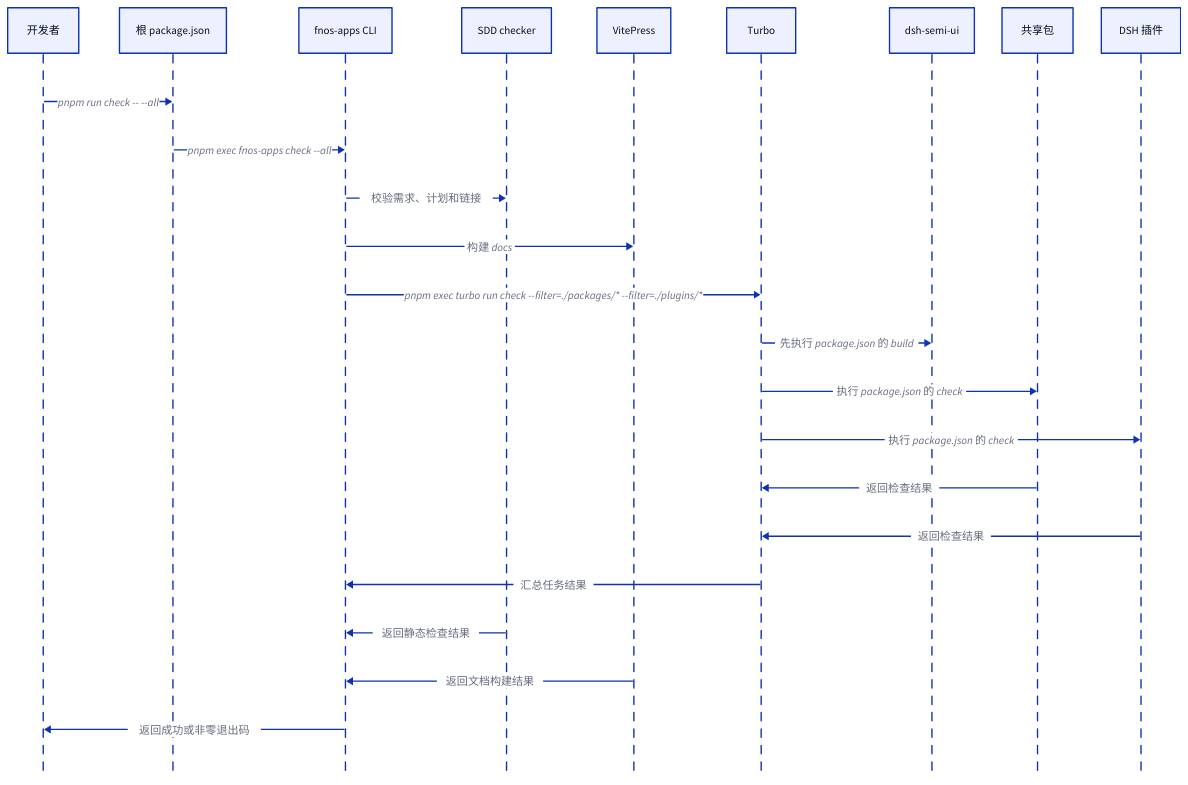
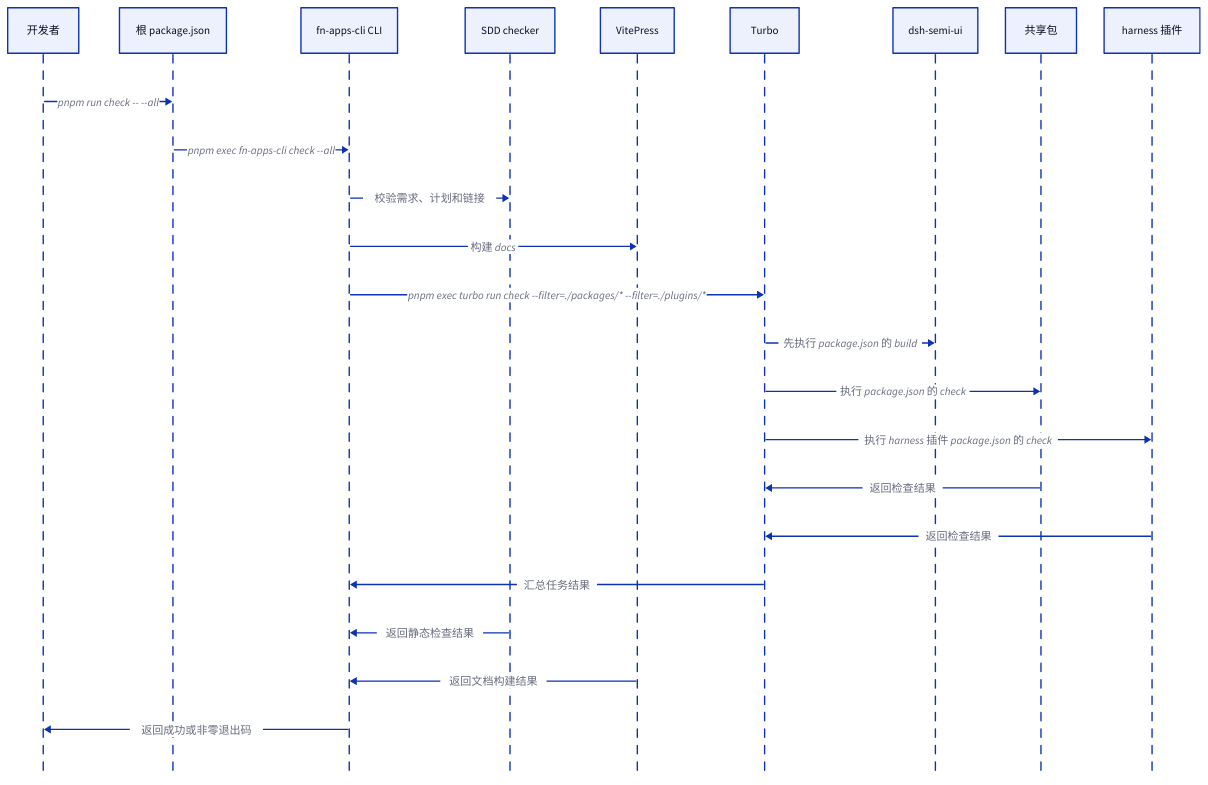
Diagram 11 of 13 in docs/development/package-tasks-and-turbo.md (tnnevol/fn-os-apps), drawn with D2 before and after one commit. The commit also changed other lines of this file and 32 other files, not shown here.

````diff
--- a/docs/development/package-tasks-and-turbo.md
+++ b/docs/development/package-tasks-and-turbo.md
@@ -39,27 +396,27 @@
 ```d2
 developer: 开发者
 root: 根 package.json
-cli: fnos-apps CLI
+cli: fn-apps-cli CLI
 checker: SDD checker
 vitepress: VitePress
 turbo: Turbo
 semi: dsh-semi-ui
 packages: 共享包
-plugins: DSH 插件
+plugins: harness 插件
 
 shape: sequence_diagram
 developer -> root: pnpm run check -- --all
-root -> cli: pnpm exec fnos-apps check --all
+root -> cli: pnpm exec fn-apps-cli check --all
 cli -> checker: 校验需求、计划和链接
 cli -> vitepress: 构建 docs
 cli -> turbo: pnpm exec turbo run check --filter=./packages/* --filter=./plugins/*
 turbo -> semi: 先执行 package.json 的 build
 turbo -> packages: 执行 package.json 的 check
-turbo -> plugins: 执行 package.json 的 check
+turbo -> plugins: 执行 harness 插件 package.json 的 check
 packages -> turbo: 返回检查结果
 plugins -> turbo: 返回检查结果
 turbo -> cli: 汇总任务结果
 checker -> cli: 返回静态检查结果
 vitepress -> cli: 返回文档构建结果
 cli -> developer: 返回成功或非零退出码
 ```
````
